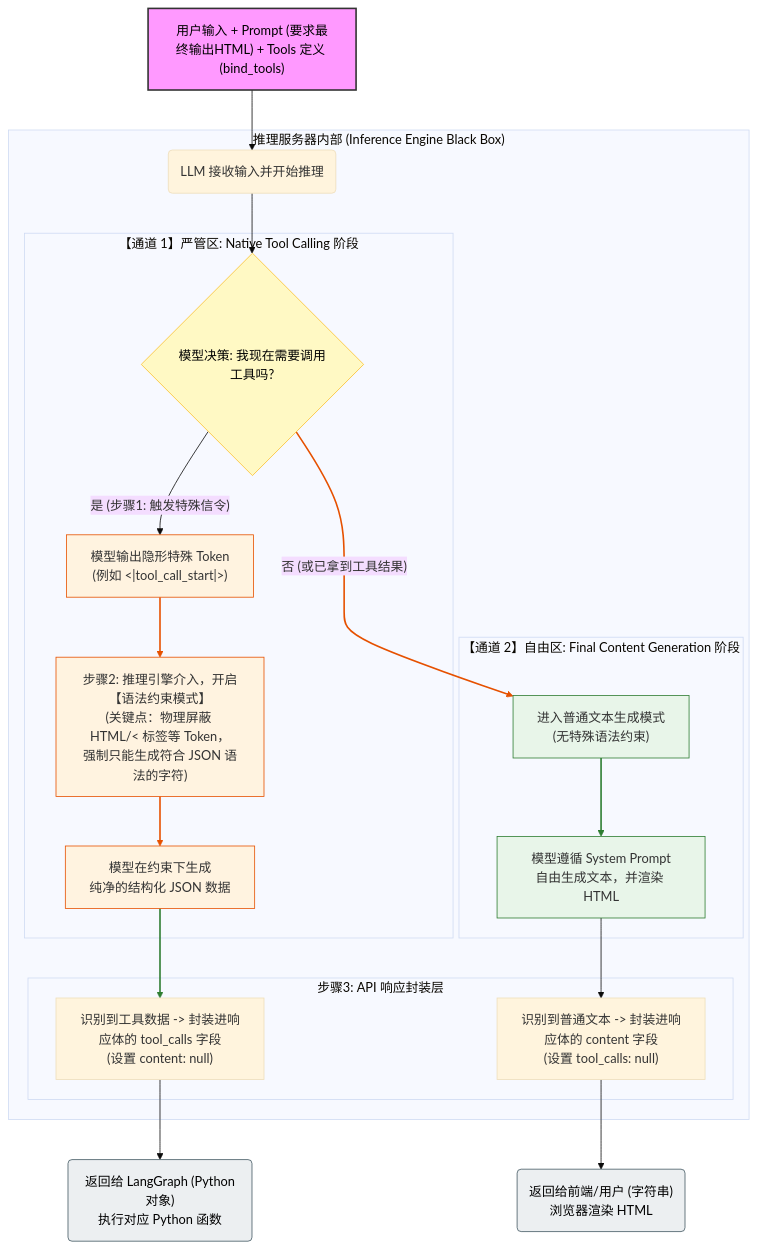
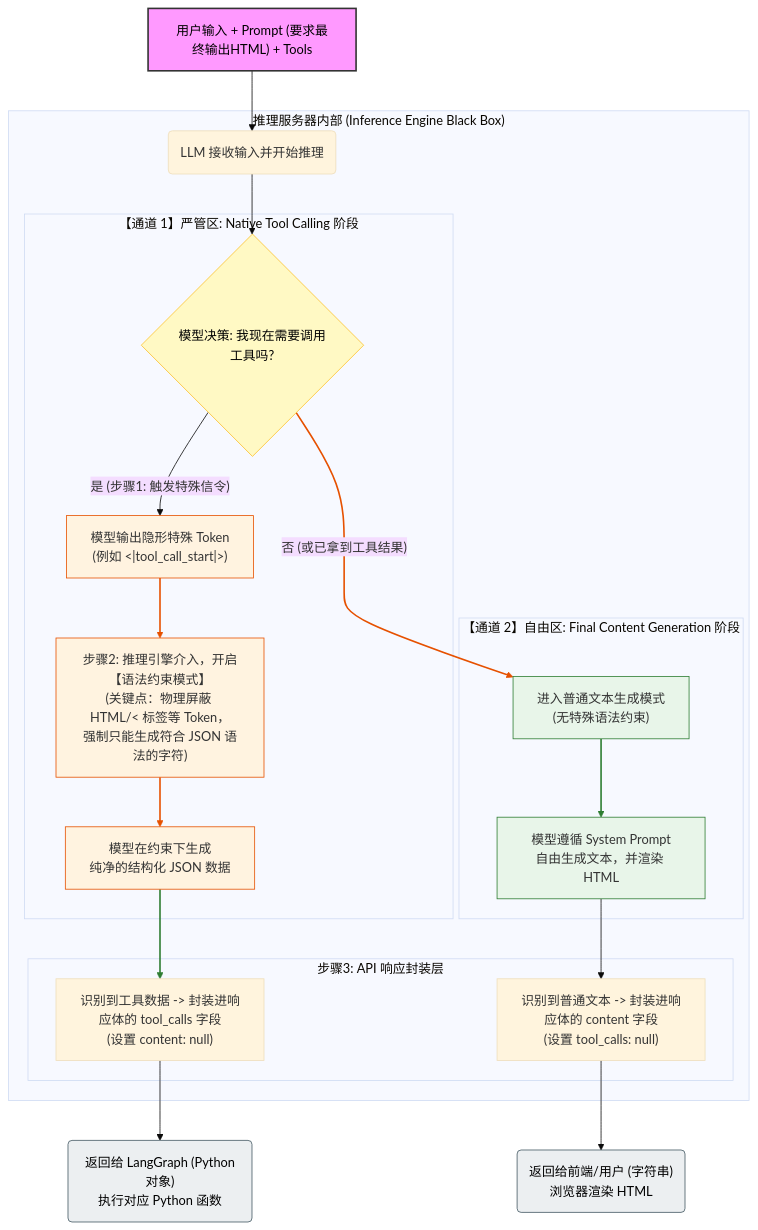
Before and after one commit to istarwyh/MyRoad: the second of 2 diagrams in docs/Vnote/program/llm/【万字长文】从零构建 Agent 系统.md, drawn with Mermaid (base theme). The commit also changed other lines of this file and 1 other file, not shown here.

````diff
--- a/docs/Vnote/program/llm/【万字长文】从零构建 Agent 系统.md
+++ b/docs/Vnote/program/llm/【万字长文】从零构建 Agent 系统.md
@@ -249,57 +214,57 @@
 ```mermaid
 graph TD
     %% 定义样式
     classDef start fill:#f9f,stroke:#333,stroke-width:2px,color:black;
     classDef decision fill:#fff9c4,stroke:#fbc02d,color:black;
     classDef toolPath fill:#fff3e0,stroke:#e65100,color:black;
     classDef contentPath fill:#e8f5e9,stroke:#2e7d32,color:black;
     classDef apiLayer fill:#e1f5fe,stroke:#0288d1,color:black;
     classDef endNode fill:#eceff1,stroke:#455a64,color:black;
 
-    A["用户输入 + Prompt (要求最终输出HTML) + Tools 定义 (bind_tools)"]:::start --> B(LLM 接收输入并开始推理);
+    A["用户输入 + Prompt (要求最终输出HTML) + Tools"]:::start --> B(LLM 接收输入并开始推理);
 
     subgraph "推理服务器内部 (Inference Engine Black Box)"
         B --> C{模型决策: 我现在需要调用工具吗?};
         class C decision;
 
         %% === 通道一：工具调用路径 ===
         subgraph "【通道 1】严管区: Native Tool Calling 阶段"
             style D fill:#fff3e0,stroke:#e65100
             style E fill:#fff3e0,stroke:#e65100
             style F fill:#fff3e0,stroke:#e65100
 
             C -- "是 (步骤1: 触发特殊信令)" --> D["模型输出隐形特殊 Token<br>(例如 <|tool_call_start|>)"];
 
             D --> E["步骤2: 推理引擎介入，开启【语法约束模式】<br>(关键点：物理屏蔽 HTML/< 标签等 Token，<br>强制只能生成符合 JSON 语法的字符)"];
 
             E --> F["模型在约束下生成<br>纯净的结构化 JSON 数据"];
         end
 
         %% === 通道二：内容回复路径 ===
         subgraph "【通道 2】自由区: Final Content Generation 阶段"
             style H fill:#e8f5e9,stroke:#2e7d32
             style I fill:#e8f5e9,stroke:#2e7d32
 
             C -- "否 (或已拿到工具结果)" --> H["进入普通文本生成模式<br>(无特殊语法约束)"];
 
             H --> I["模型遵循 System Prompt<br>自由生成文本，并渲染 HTML"];
         end
 
         %% === 步骤三：API 封装 ===
         subgraph "步骤3: API 响应封装层"
             class G,K apiLayer;
             F --> G["识别到工具数据 -> 封装进响应体的 tool_calls 字段<br>(设置 content: null)"];
             I --> K["识别到普通文本 -> 封装进响应体的 content 字段<br>(设置 tool_calls: null)"];
         end
     end
 
     %% 输出结果
     G --> L("返回给 LangGraph (Python对象)<br>执行对应 Python 函数");
     K --> M("返回给前端/用户 (字符串)<br>浏览器渲染 HTML");
 
     class L,M endNode;
 
     %% 添加连接线注释，强调关键点
     linkStyle 3,4,5 stroke:#e65100,stroke-width:2px,fill:none;
     linkStyle 6,7 stroke:#2e7d32,stroke-width:2px,fill:none;
 ```
````
